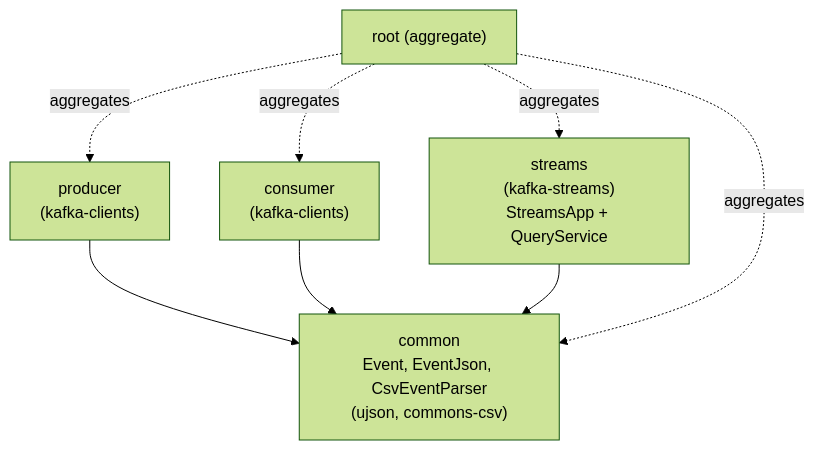
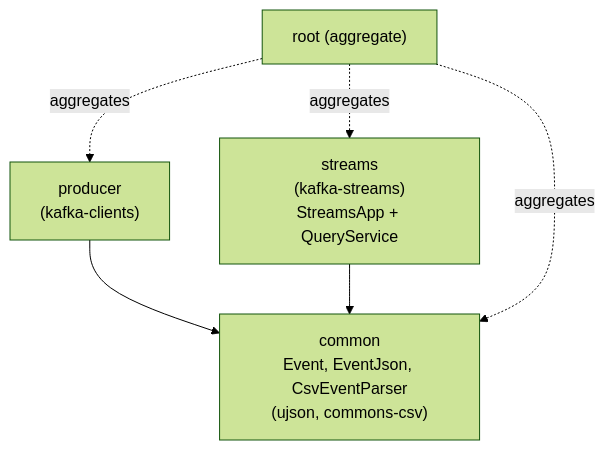
One commit to edthu/CS-E4780-project changed the fourth of 4 diagrams in ai_docs/ARCHITECTURE.md. Above: the diagram before and after it, drawn with Mermaid (forest theme). The commit also changed other lines of this file and 12 other files, not shown here.

Commit message:
Removed consumer container that was used for Kafka testing

````diff
--- a/ai_docs/ARCHITECTURE.md
+++ b/ai_docs/ARCHITECTURE.md
@@ -110,17 +106,14 @@
 ```mermaid
 flowchart TB
     common["common<br/>Event, EventJson, CsvEventParser<br/>(ujson, commons-csv)"]
     producer["producer<br/>(kafka-clients)"]
-    consumer["consumer<br/>(kafka-clients)"]
     streams["streams<br/>(kafka-streams)<br/>StreamsApp + QueryService"]
     root["root (aggregate)"]
 
     producer --> common
-    consumer --> common
     streams --> common
 
     root -.aggregates.-> common
     root -.aggregates.-> producer
-    root -.aggregates.-> consumer
     root -.aggregates.-> streams
 ```
````
